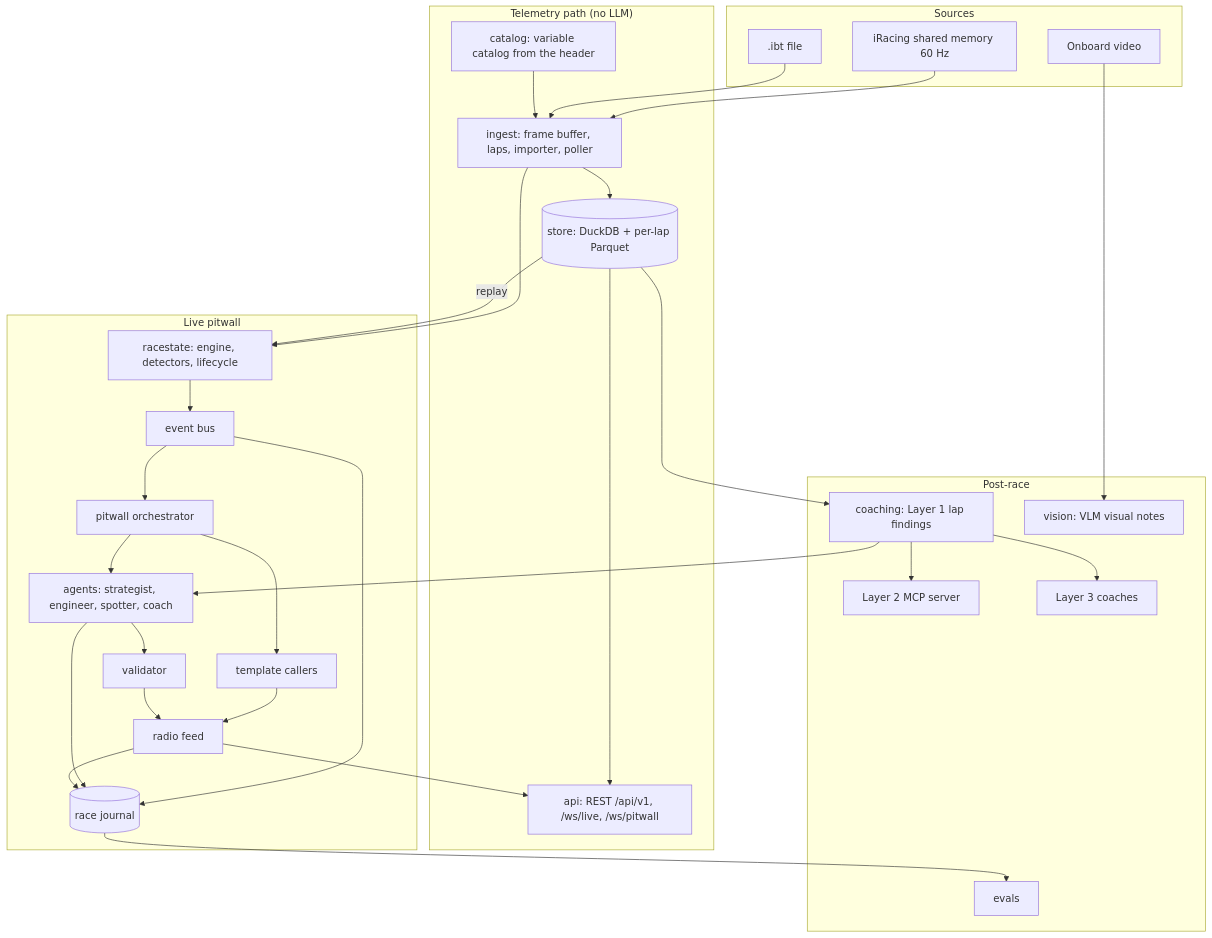
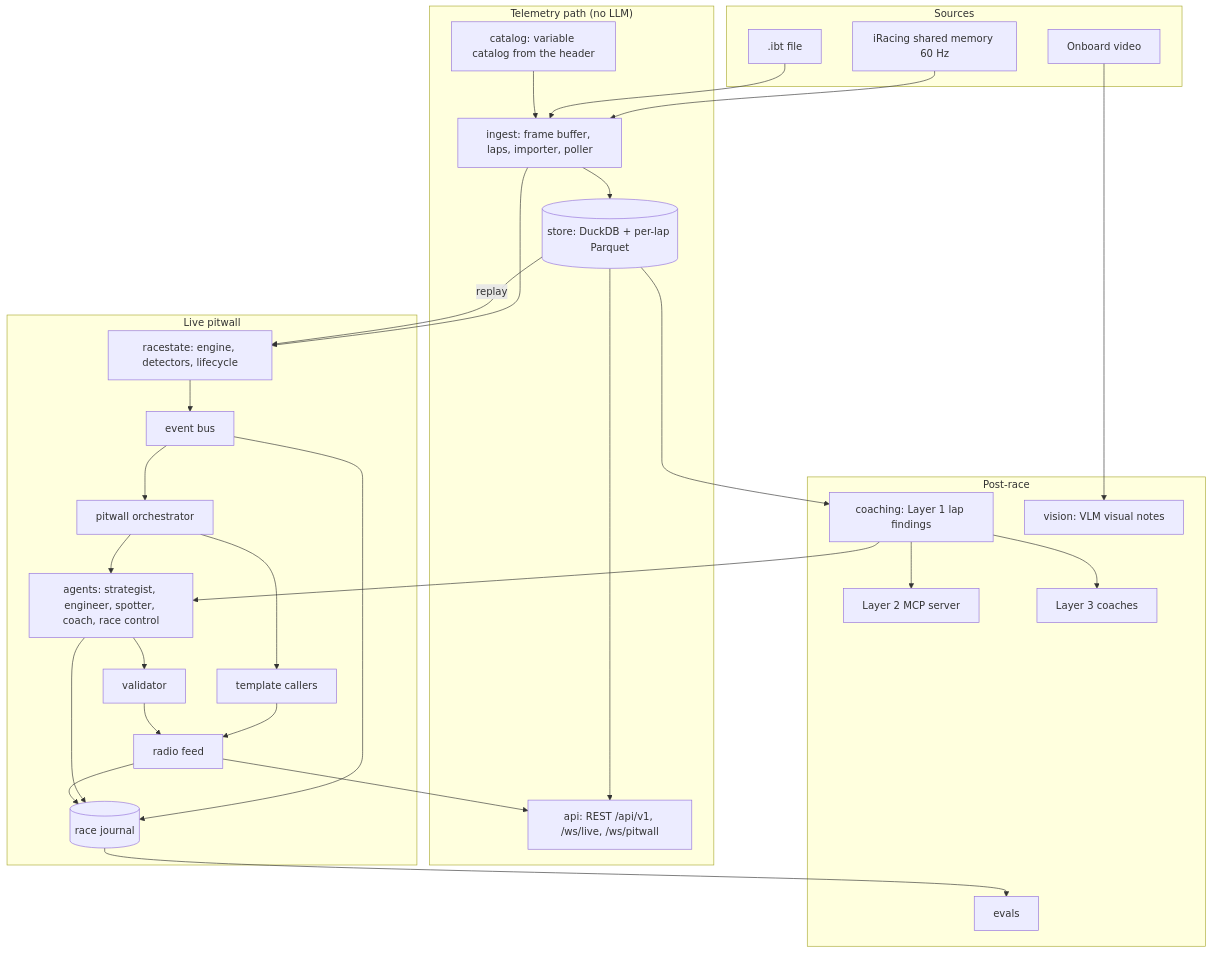
The diagram in docs/DESIGN.md (kruslim/racing-telemetry-visualiser), drawn with Mermaid before and after one commit. The commit also changed 32 other files, not shown here.

First line of the commit message:
Add a race-control agent to the pitwall

````diff
--- a/docs/DESIGN.md
+++ b/docs/DESIGN.md
@@ -62,49 +62,49 @@
 ```mermaid
 flowchart TB
     subgraph Sources
         SM[iRacing shared memory 60 Hz]
         IBT[.ibt file]
         VID[Onboard video]
     end
     subgraph Data["Telemetry path (no LLM)"]
         CAT[catalog: variable catalog from the header]
         ING[ingest: frame buffer, laps, importer, poller]
         STO[(store: DuckDB + per-lap Parquet)]
         API[api: REST /api/v1, /ws/live, /ws/pitwall]
     end
     subgraph Live["Live pitwall"]
         ENG[racestate: engine, detectors, lifecycle]
         BUS[event bus]
         ORC[pitwall orchestrator]
         TPL[template callers]
-        AG[agents: strategist, engineer, spotter, coach]
+        AG[agents: strategist, engineer, spotter, coach, race control]
         VAL[validator]
         RAD[radio feed]
         JRN[(race journal)]
     end
     subgraph Post["Post-race"]
         L1[coaching: Layer 1 lap findings]
         MCP[Layer 2 MCP server]
         L3[Layer 3 coaches]
         VIS[vision: VLM visual notes]
         EV[evals]
     end
     SM --> ING
     IBT --> ING
     CAT --> ING
     ING --> STO --> API
     ING --> ENG
     STO -- replay --> ENG
     ENG --> BUS --> ORC
     ORC --> TPL --> RAD
     ORC --> AG --> VAL --> RAD
     L1 --> AG
     RAD --> API
     BUS --> JRN
     AG --> JRN
     RAD --> JRN
     STO --> L1 --> MCP
     L1 --> L3
     VID --> VIS
     JRN --> EV
 ```
````
